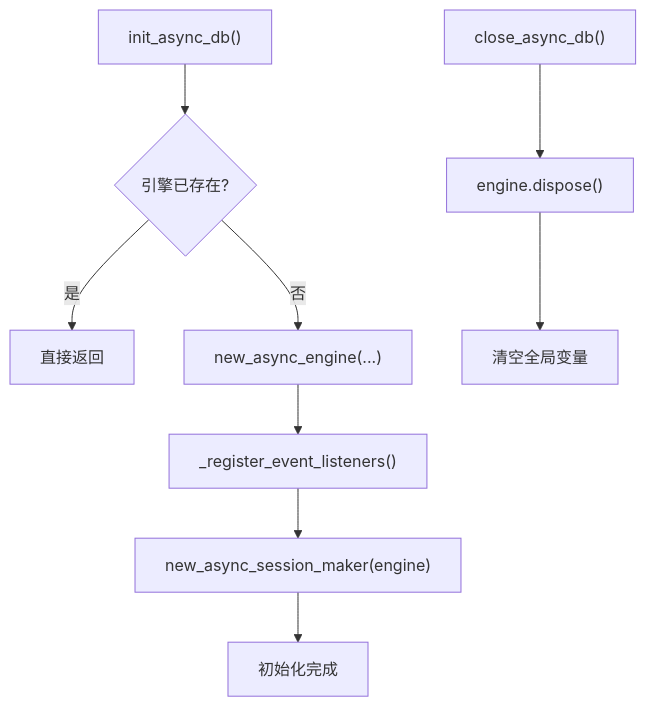
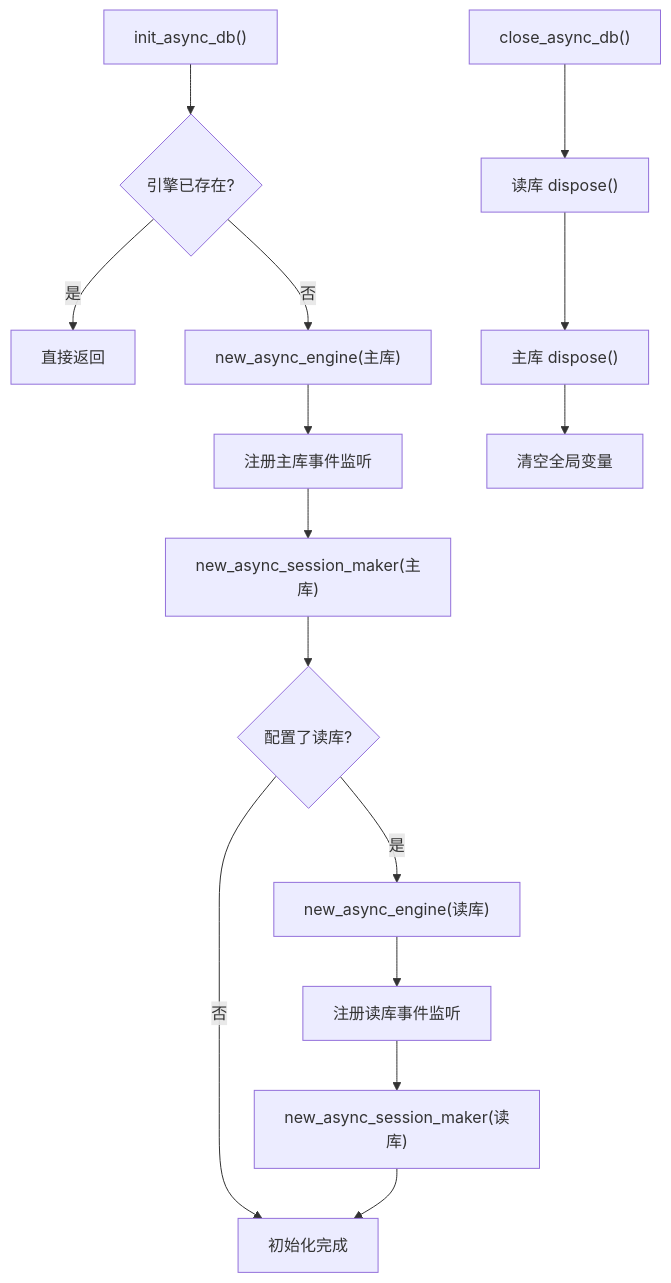
The fourth of 10 diagrams in .qoder/repowiki/zh/content/数据库集成/数据库集成.md (lilinzezzzzzz/fastapi-backend), drawn with Mermaid before and after one commit. The commit also changed other lines of this file and 42 other files, not shown here.

````diff
--- a/.qoder/repowiki/zh/content/数据库集成/数据库集成.md
+++ b/.qoder/repowiki/zh/content/数据库集成/数据库集成.md
@@ -197,11 +244,17 @@
 ```mermaid
 flowchart TD
 Init["init_async_db()"] --> CheckInit{"引擎已存在?"}
 CheckInit --> |是| Return["直接返回"]
-CheckInit --> |否| CreateEngine["new_async_engine(...)"]
-CreateEngine --> RegisterEvents["_register_event_listeners()"]
-RegisterEvents --> MakeSession["new_async_session_maker(engine)"]
-MakeSession --> Done["初始化完成"]
-Close["close_async_db()"] --> Dispose["engine.dispose()"]
-Dispose --> Reset["清空全局变量"]
+CheckInit --> |否| CreateMaster["new_async_engine(主库)"]
+CreateMaster --> RegisterMaster["注册主库事件监听"]
+RegisterMaster --> MakeMaster["new_async_session_maker(主库)"]
+MakeMaster --> CheckRead{"配置了读库?"}
+CheckRead --> |是| CreateRead["new_async_engine(读库)"]
+CheckRead --> |否| Done["初始化完成"]
+CreateRead --> RegisterRead["注册读库事件监听"]
+RegisterRead --> MakeRead["new_async_session_maker(读库)"]
+MakeRead --> Done
+Close["close_async_db()"] --> DisposeRead["读库 dispose()"]
+DisposeRead --> DisposeMaster["主库 dispose()"]
+DisposeMaster --> Reset["清空全局变量"]
 ```
````
